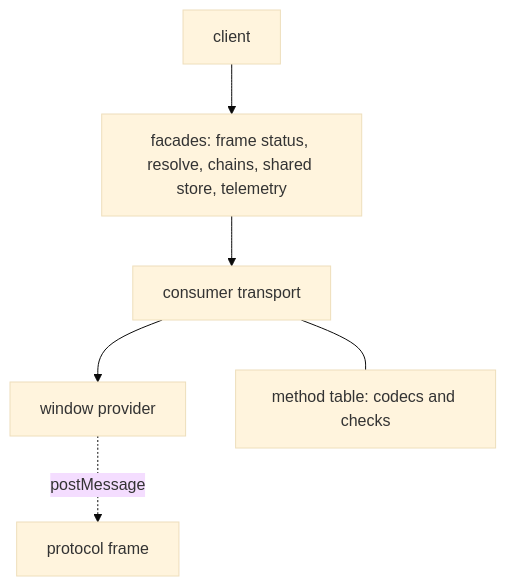
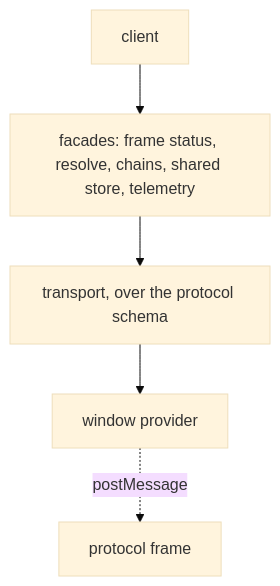
Before and after one commit to paritytech/dotli-community: the diagram in packages/protocol/README.md, drawn with Mermaid (base theme). The commit also changed other lines of this file and 35 other files, not shown here.

Commit message:
refactor(protocol): the host side speaks through the transport library

````diff
--- a/packages/protocol/README.md
+++ b/packages/protocol/README.md
@@ -16,8 +16,7 @@
 ```mermaid
 flowchart TB
   client --> facades["facades: frame status, resolve, chains, shared store, telemetry"]
-  facades --> transport["consumer transport"]
+  facades --> transport["transport, over the protocol schema"]
   transport --> provider["window provider"]
   provider -. postMessage .-> frame[protocol frame]
-  transport --- methods["method table: codecs and checks"]
 ```
````
